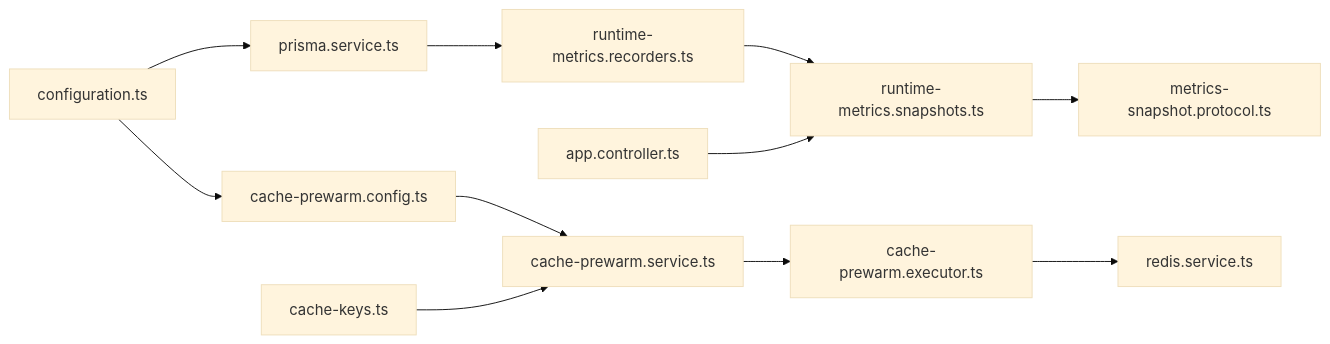
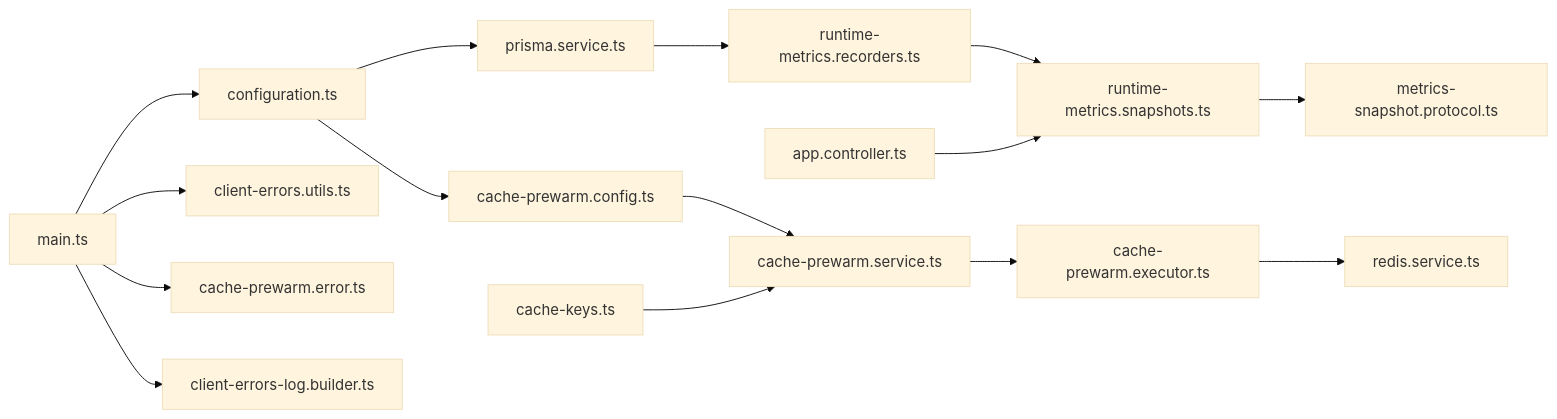
The seventh of 7 diagrams in .qoder/repowiki/zh/content/开发指南/性能优化.md (rc558620/purelyprofit-server), drawn with Mermaid (base theme) before and after one commit. The commit also changed other lines of this file and 65 other files, not shown here.

````diff
--- a/.qoder/repowiki/zh/content/开发指南/性能优化.md
+++ b/.qoder/repowiki/zh/content/开发指南/性能优化.md
@@ -347,13 +498,17 @@
 ```mermaid
 graph LR
 CFG["configuration.ts"] --> PRISMA["prisma.service.ts"]
 PRISMA --> REC["runtime-metrics.recorders.ts"]
 REC --> SNAP["runtime-metrics.snapshots.ts"]
 SNAP --> PROTO["metrics-snapshot.protocol.ts"]
 CFG --> PREWARM_CFG["cache-prewarm.config.ts"]
 PREWARM_CFG --> PREWARM["cache-prewarm.service.ts"]
 PREWARM --> PREWARM_EXEC["cache-prewarm.executor.ts"]
 PREWARM_EXEC --> REDIS["redis.service.ts"]
 KEYS["cache-keys.ts"] --> PREWARM
 CTRL["app.controller.ts"] --> SNAP
+MAIN["main.ts"] --> CFG
+MAIN --> UTILS["client-errors.utils.ts"]
+MAIN --> ERROR_HANDLER["cache-prewarm.error.ts"]
+MAIN --> LOG_BUILDER["client-errors-log.builder.ts"]
 ```
````
